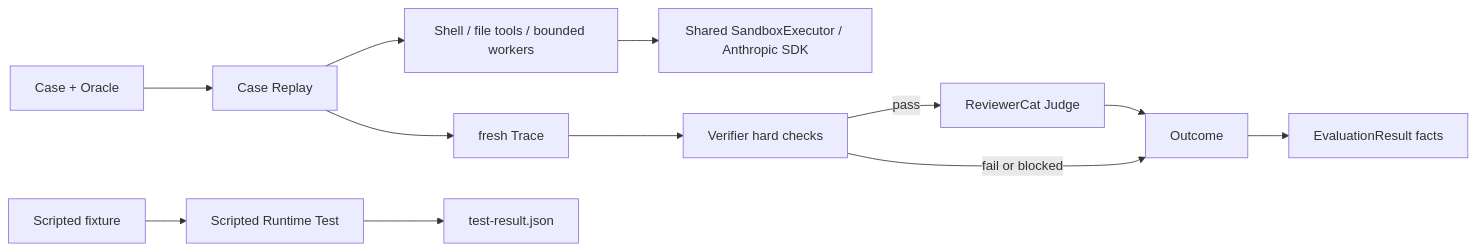
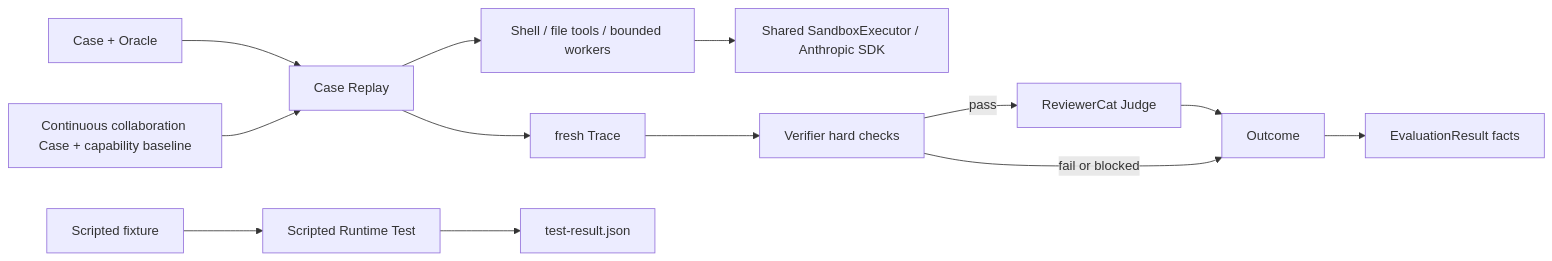
One commit to fightheyyy/xiaobaOS changed the first of 2 diagrams in docs/evaluation/SPEC.md. Above: the diagram before and after it, drawn with Mermaid. The commit also changed other lines of this file and 16 other files, not shown here.

Commit message:
feat: evaluate continuous personal-agent collaboration with explicit baselines

````diff
--- a/docs/evaluation/SPEC.md
+++ b/docs/evaluation/SPEC.md
@@ -46,15 +48,16 @@
 ```mermaid
 flowchart LR
     Replay --> Execution["Shell / file tools / bounded workers"]
     Execution --> Sandbox["Shared SandboxExecutor / Anthropic SDK"]
     Fixture["Scripted fixture"] --> Test["Scripted Runtime Test"]
     Test --> TestResult["test-result.json"]
 
     Case["Case + Oracle"] --> Replay["Case Replay"]
+    Collaboration["Continuous collaboration Case + capability baseline"] --> Replay
     Replay --> Trace["fresh Trace"]
     Trace --> Verifier["Verifier hard checks"]
     Verifier -->|pass| Reviewer["ReviewerCat Judge"]
     Verifier -->|fail or blocked| Outcome["Outcome"]
     Reviewer --> Outcome
     Outcome --> Facts["EvaluationResult facts"]
 ```
````
